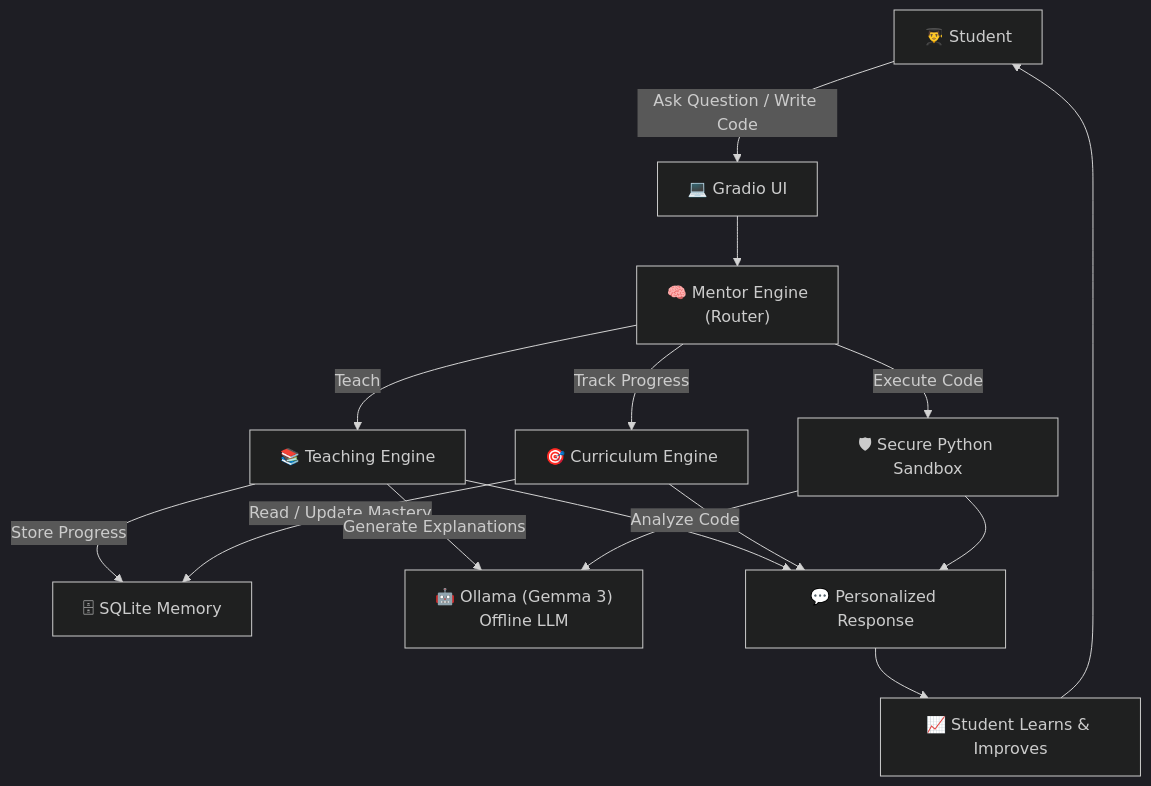
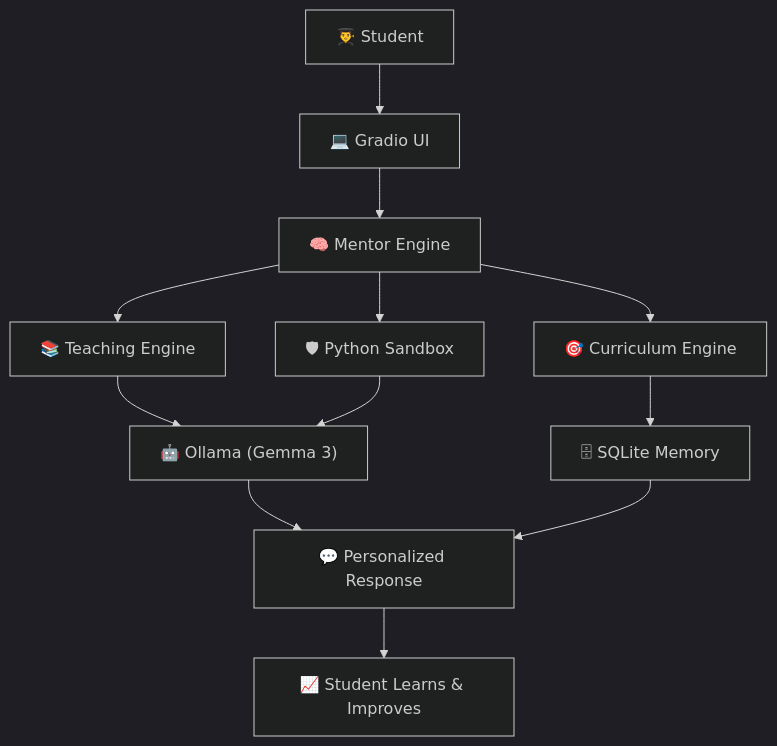
The diagram in README.md (akashdatta669/Skython-A.I-), drawn with Mermaid (dark theme) before and after one commit. The commit also changed other lines of this file, not shown here.

Commit message:
Fix formatting and update flowchart in README.md

````diff
--- a/README.md
+++ b/README.md
@@ -46,37 +46,33 @@
 ```mermaid
-flowchart TD
+flowchart TB
 
-    A["👨‍🎓 Student"]
-    B["💻 Gradio UI"]
-    C["🧠 Mentor Engine<br/>(Router)"]
+    Student["👨‍🎓 Student"]
+    UI["💻 Gradio UI"]
+    Router["🧠 Mentor Engine"]
 
-    D["📚 Teaching Engine"]
-    E["🎯 Curriculum Engine"]
-    F["🛡 Secure Python Sandbox"]
+    Teach["📚 Teaching Engine"]
+    Learn["🎯 Curriculum Engine"]
+    Sandbox["🛡 Python Sandbox"]
 
-    G["🗄 SQLite Memory"]
-    H["🤖 Ollama (Gemma 3)<br/>Offline LLM"]
+    LLM["🤖 Ollama (Gemma 3)"]
+    Memory["🗄 SQLite Memory"]
 
-    I["💬 Personalized Response"]
-    J["📈 Student Learns & Improves"]
+    Response["💬 Personalized Response"]
+    Success["📈 Student Learns & Improves"]
 
-    A -->|"Ask Question / Write Code"| B
-    B --> C
+    Student --> UI
+    UI --> Router
 
-    C -->|"Teach"| D
-    C -->|"Track Progress"| E
-    C -->|"Execute Code"| F
+    Router --> Teach
+    Router --> Learn
+    Router --> Sandbox
 
-    D -->|"Store Progress"| G
-    E -->|"Read / Update Mastery"| G
+    Teach --> LLM
+    Learn --> Memory
+    Sandbox --> LLM
 
-    D -->|"Generate Explanations"| H
-    F -->|"Analyze Code"| H
+    LLM --> Response
+    Memory --> Response
 
-    D --> I
-    E --> I
-    F --> I
-
-    I --> J
-    J --> A
+    Response --> Success
 ```
````
